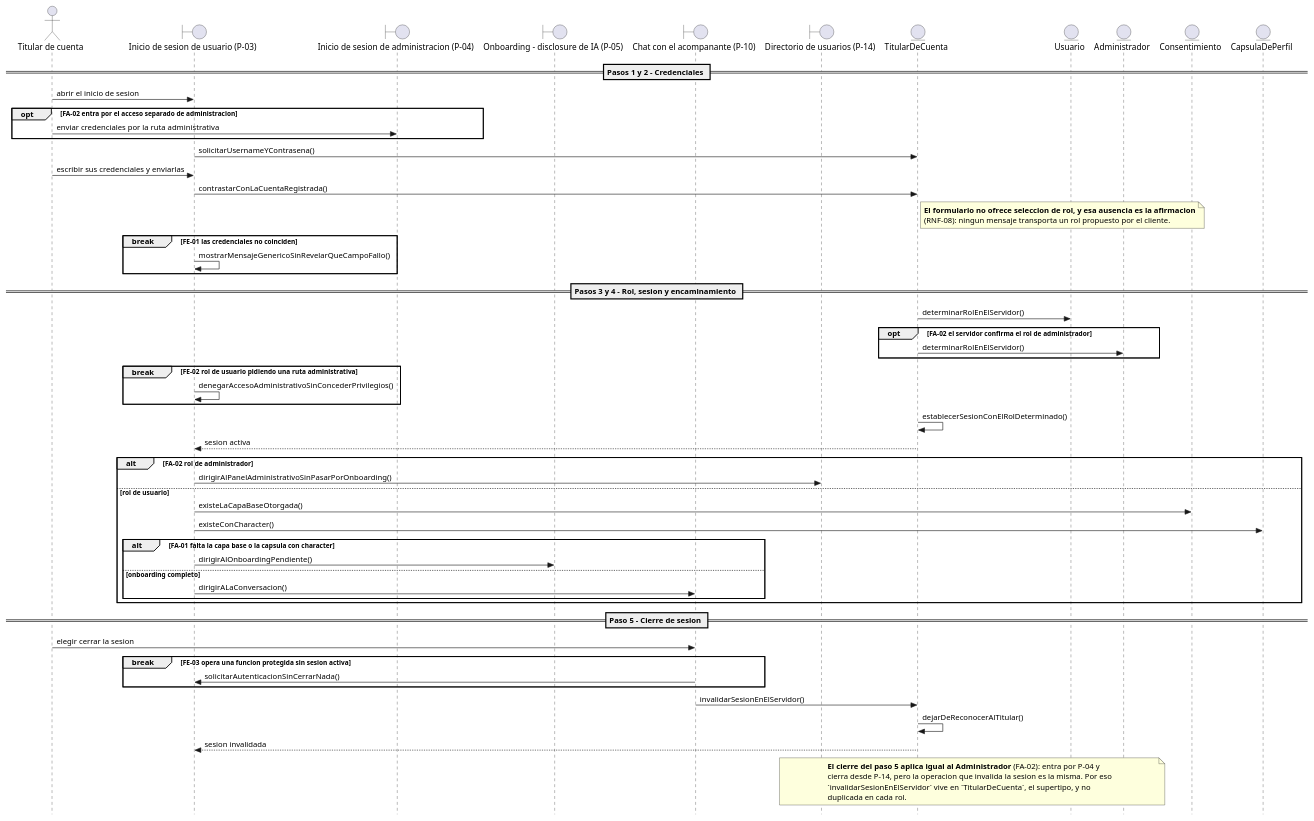
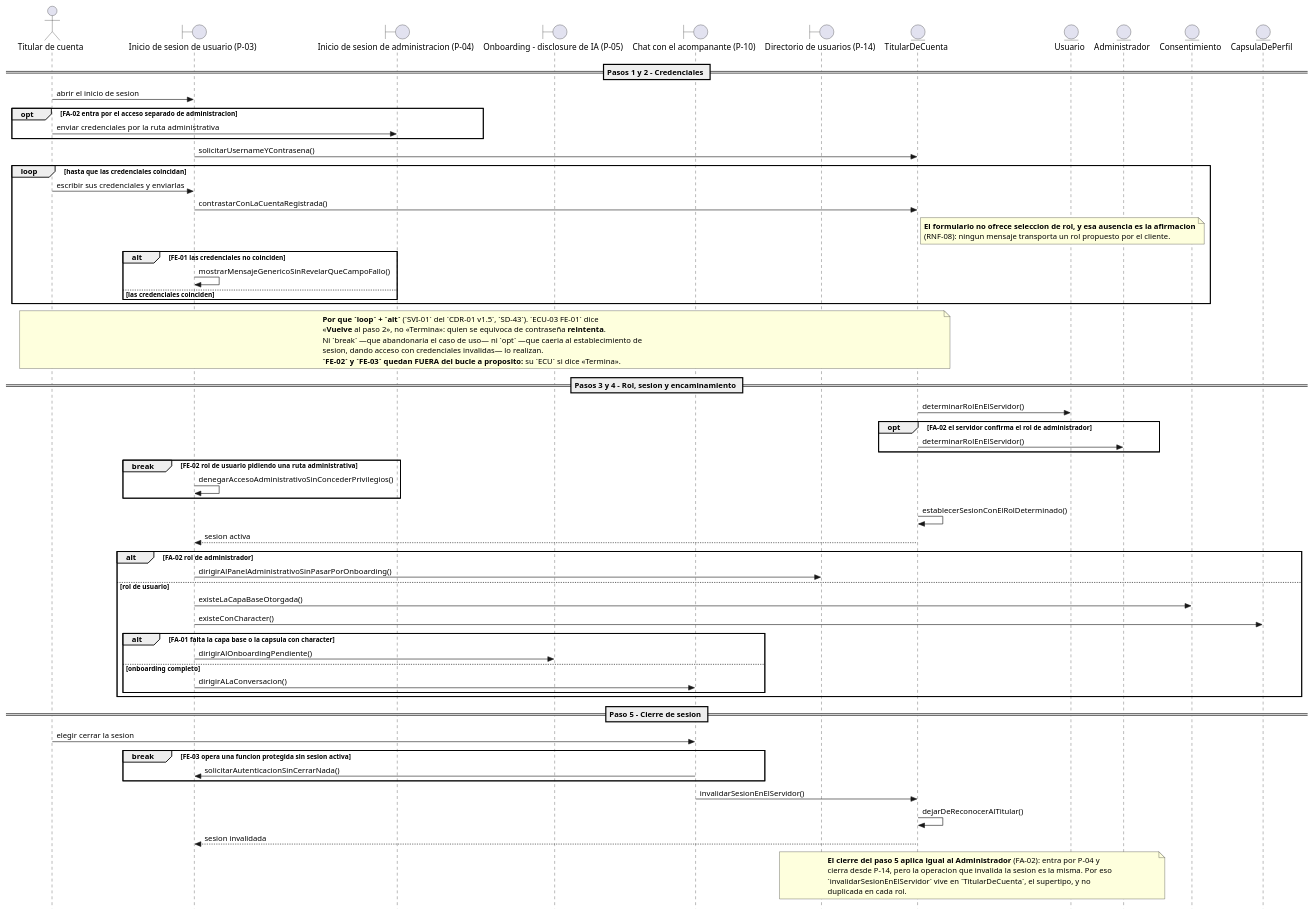
One commit to jonatan8254/alan-aura-academico changed the diagram in docs/07_casos_uso/secuencia/puml/DS-03_secuencia_iniciar_y_cerrar_sesion.puml. Above: the diagram before and after it, drawn with PlantUML. The commit also changed 17 other files, not shown here.

```diff
--- a/docs/07_casos_uso/secuencia/puml/DS-03_secuencia_iniciar_y_cerrar_sesion.puml
+++ b/docs/07_casos_uso/secuencia/puml/DS-03_secuencia_iniciar_y_cerrar_sesion.puml
@@ -1,101 +1,119 @@
 @startuml
 ' DS-03 - Secuencia de CU-03 «Iniciar y cerrar sesion»
+' v1.3 (SVI-01 del CDR-01 v1.5, SD-43): FE-01 pasa a `alt` dentro de un `loop` (ECU-03: «Vuelve al paso 2»).
+'       Tercer intento sobre la misma rama, y el primero que lee el DESENLACE de la
+'       ECU en vez de la categoria del flujo. `break` abandonaba; `opt` caia al exito;
+'       `break` otra vez (SD-41) se restauro alegando que la ECU decia «Termina», lo
+'       cual es FALSO. Ahora `loop` + `alt`: el alt excluye, el loop realiza el retorno.
+'       Los break legitimos quedan FUERA del loop a proposito: dentro saldrian del
+'       bucle y seguirian ejecutando, en vez de terminar.
 ' v1.2 (VI-01 del CDR-01 v1.4, SD-41): FE-01 vuelven de opt a BREAK.
 '       Criterio: estan a profundidad 0 —el fragmento envolvente es la interaccion
 '       entera— y su fila de ECU declara que el remanente NO se ejecuta. En UML 2.5
 '       `break` ejecuta su operando EN LUGAR DEL RESTO: es esa semantica exacta.
 '       `opt` solo saltaba su cuerpo y el flujo caia al exito.
 '       Consecuencia declarada: para estos casos el `break` ORIGINAL era correcto y
 '       esa parte de H-01 fue un falso positivo. Ver DS-00 §12.
 ' v1.1 (CDR-01, H-01): FE-01 pasa de break a opt — ECU-03 declara «Vuelve al paso 2».
 '       FE-02 y FE-03 conservan break: su texto dice «Termina», y ahi break es correcto.
 ' v1.0 (fase de diseno detallado, ICONIX paso 6)
 ' Insumos: DR-03 v2.0 (12 controladores), ECU-03 v2.0, MD-01 v1.4, DCU-01 v2.1,
 '          DIS-00 (P-03, P-04; destinos P-05, P-10, P-14), REQ-01 (RNF-08).
 ' Capa de infraestructura: NO EJECUTADA por decision declarada (E-1 de DS-00).
 
 skinparam style strictuml
 skinparam shadowing false
 skinparam responseMessageBelowArrow true
 
 actor "Titular de cuenta" as ACT_Titular
 boundary "Inicio de sesion de usuario (P-03)" as B_PaginaInicioSesion
 boundary "Inicio de sesion de administracion (P-04)" as B_PaginaInicioSesionAdmin
 boundary "Onboarding - disclosure de IA (P-05)" as B_PantallaDisclosure
 boundary "Chat con el acompanante (P-10)" as B_InterfazDeChat
 boundary "Directorio de usuarios (P-14)" as B_DirectorioDeUsuarios
 entity "TitularDeCuenta" as E_TitularDeCuenta
 entity "Usuario" as E_Usuario
 entity "Administrador" as E_Administrador
 entity "Consentimiento" as E_Consentimiento
 entity "CapsulaDePerfil" as E_CapsulaDePerfil
 
 == Pasos 1 y 2 - Credenciales ==
 
 ACT_Titular -> B_PaginaInicioSesion : abrir el inicio de sesion
 
 opt FA-02 entra por el acceso separado de administracion
   ACT_Titular -> B_PaginaInicioSesionAdmin : enviar credenciales por la ruta administrativa
 end
 
 B_PaginaInicioSesion -> E_TitularDeCuenta : solicitarUsernameYContrasena()
-ACT_Titular -> B_PaginaInicioSesion : escribir sus credenciales y enviarlas
-B_PaginaInicioSesion -> E_TitularDeCuenta : contrastarConLaCuentaRegistrada()
+loop hasta que las credenciales coincidan
+  ACT_Titular -> B_PaginaInicioSesion : escribir sus credenciales y enviarlas
+  B_PaginaInicioSesion -> E_TitularDeCuenta : contrastarConLaCuentaRegistrada()
 
 note right of E_TitularDeCuenta
   <b>El formulario no ofrece seleccion de rol, y esa ausencia es la afirmacion</b>
   (RNF-08): ningun mensaje transporta un rol propuesto por el cliente.
 end note
 
-break FE-01 las credenciales no coinciden
-  B_PaginaInicioSesion -> B_PaginaInicioSesion : mostrarMensajeGenericoSinRevelarQueCampoFallo()
+  alt FE-01 las credenciales no coinciden
+    B_PaginaInicioSesion -> B_PaginaInicioSesion : mostrarMensajeGenericoSinRevelarQueCampoFallo()
+  else las credenciales coinciden
+  end
 end
+
+note over ACT_Titular, E_TitularDeCuenta
+  <b>Por que `loop` + `alt`</b> (`SVI-01` del `CDR-01 v1.5`, `SD-43`). `ECU-03 FE-01` dice
+  «<b>Vuelve</b> al paso 2», no «Termina»: quien se equivoca de contraseña <b>reintenta</b>.
+  Ni `break` —que abandonaria el caso de uso— ni `opt` —que caeria al establecimiento de
+  sesion, dando acceso con credenciales invalidas— lo realizan.
+  <b>`FE-02` y `FE-03` quedan FUERA del bucle a proposito:</b> su `ECU` si dice «Termina».
+end note
 
 == Pasos 3 y 4 - Rol, sesion y encaminamiento ==
 
 E_TitularDeCuenta -> E_Usuario : determinarRolEnElServidor()
 
 opt FA-02 el servidor confirma el rol de administrador
   E_TitularDeCuenta -> E_Administrador : determinarRolEnElServidor()
 end
 
 break FE-02 rol de usuario pidiendo una ruta administrativa
   B_PaginaInicioSesion -> B_PaginaInicioSesion : denegarAccesoAdministrativoSinConcederPrivilegios()
 end
 
 E_TitularDeCuenta -> E_TitularDeCuenta : establecerSesionConElRolDeterminado()
 E_TitularDeCuenta --> B_PaginaInicioSesion : sesion activa
 
 alt FA-02 rol de administrador
   B_PaginaInicioSesion -> B_DirectorioDeUsuarios : dirigirAlPanelAdministrativoSinPasarPorOnboarding()
 else rol de usuario
   B_PaginaInicioSesion -> E_Consentimiento : existeLaCapaBaseOtorgada()
   B_PaginaInicioSesion -> E_CapsulaDePerfil : existeConCharacter()
 
   alt FA-01 falta la capa base o la capsula con character
     B_PaginaInicioSesion -> B_PantallaDisclosure : dirigirAlOnboardingPendiente()
   else onboarding completo
     B_PaginaInicioSesion -> B_InterfazDeChat : dirigirALaConversacion()
   end
 end
 
 == Paso 5 - Cierre de sesion ==
 
 ACT_Titular -> B_InterfazDeChat : elegir cerrar la sesion
 
 break FE-03 opera una funcion protegida sin sesion activa
   B_InterfazDeChat -> B_PaginaInicioSesion : solicitarAutenticacionSinCerrarNada()
 end
 
 B_InterfazDeChat -> E_TitularDeCuenta : invalidarSesionEnElServidor()
 E_TitularDeCuenta -> E_TitularDeCuenta : dejarDeReconocerAlTitular()
 E_TitularDeCuenta --> B_PaginaInicioSesion : sesion invalidada
 
 note over B_DirectorioDeUsuarios, E_Administrador
   <b>El cierre del paso 5 aplica igual al Administrador</b> (FA-02): entra por P-04 y
   cierra desde P-14, pero la operacion que invalida la sesion es la misma. Por eso
   `invalidarSesionEnElServidor` vive en `TitularDeCuenta`, el supertipo, y no
   duplicada en cada rol.
 end note
 
 @enduml
```
